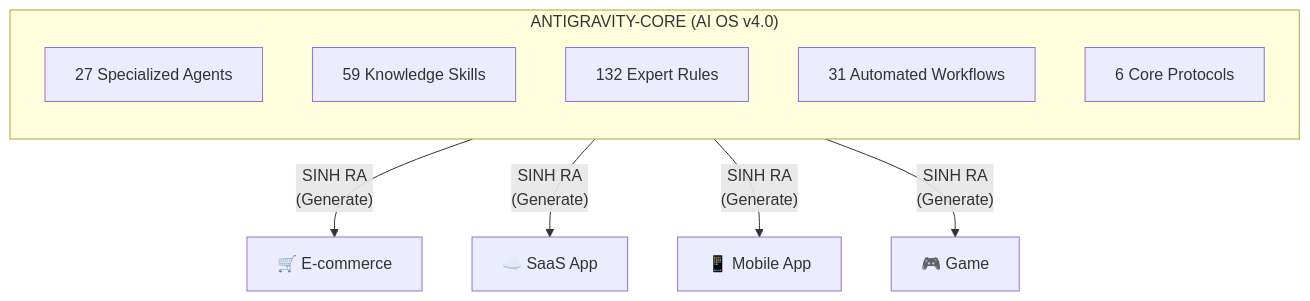
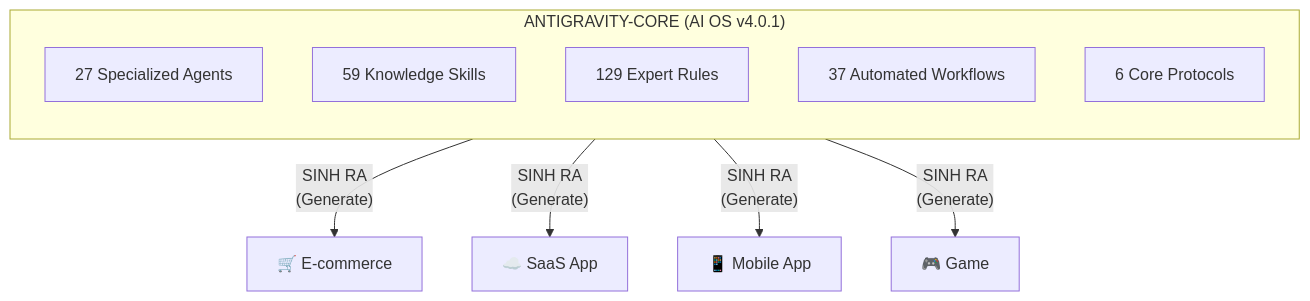
Before and after one commit to tuyenht/Antigravity-Core: the first of 2 diagrams in README.md, drawn with Mermaid. The commit also changed other lines of this file and 29 other files, not shown here.

````diff
--- a/README.md
+++ b/README.md
@@ -21,16 +21,16 @@
 ```mermaid
 graph TB
-    subgraph OS["ANTIGRAVITY-CORE (AI OS v4.0)"]
+    subgraph OS["ANTIGRAVITY-CORE (AI OS v4.0.1)"]
         direction TB
         A["27 Specialized Agents"]
         B["59 Knowledge Skills"]
-        C["132 Expert Rules"]
-        D["31 Automated Workflows"]
+        C["129 Expert Rules"]
+        D["37 Automated Workflows"]
         E["6 Core Protocols"]
     end
 
     OS -->|"SINH RA<br/>(Generate)"| P1["🛒 E-commerce"]
     OS -->|"SINH RA<br/>(Generate)"| P2["☁️ SaaS App"]
     OS -->|"SINH RA<br/>(Generate)"| P3["📱 Mobile App"]
     OS -->|"SINH RA<br/>(Generate)"| P4["🎮 Game"]
 ```
````
